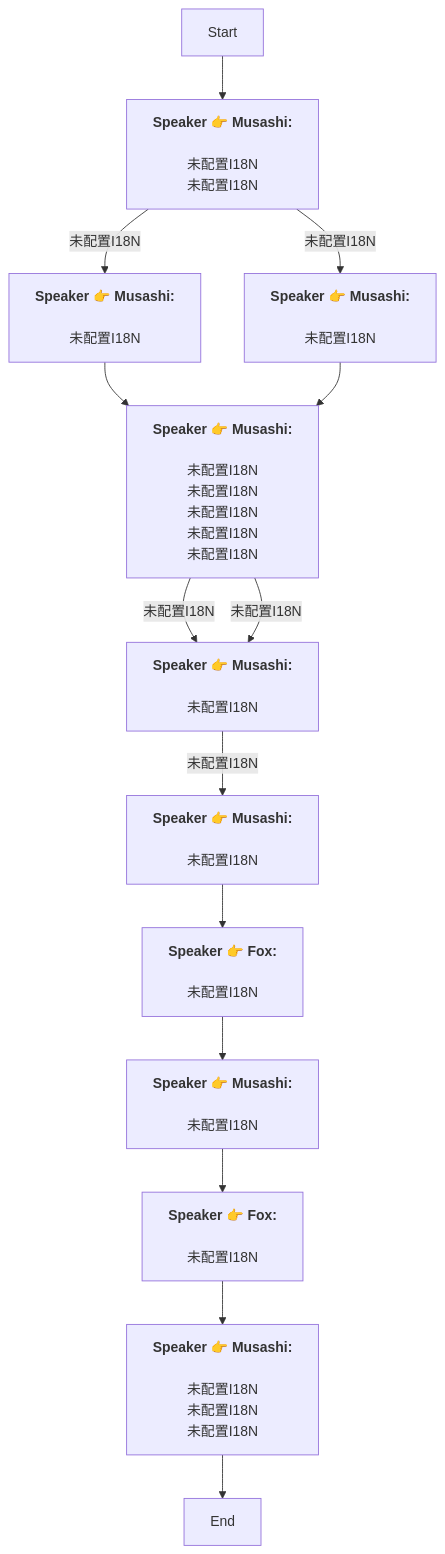
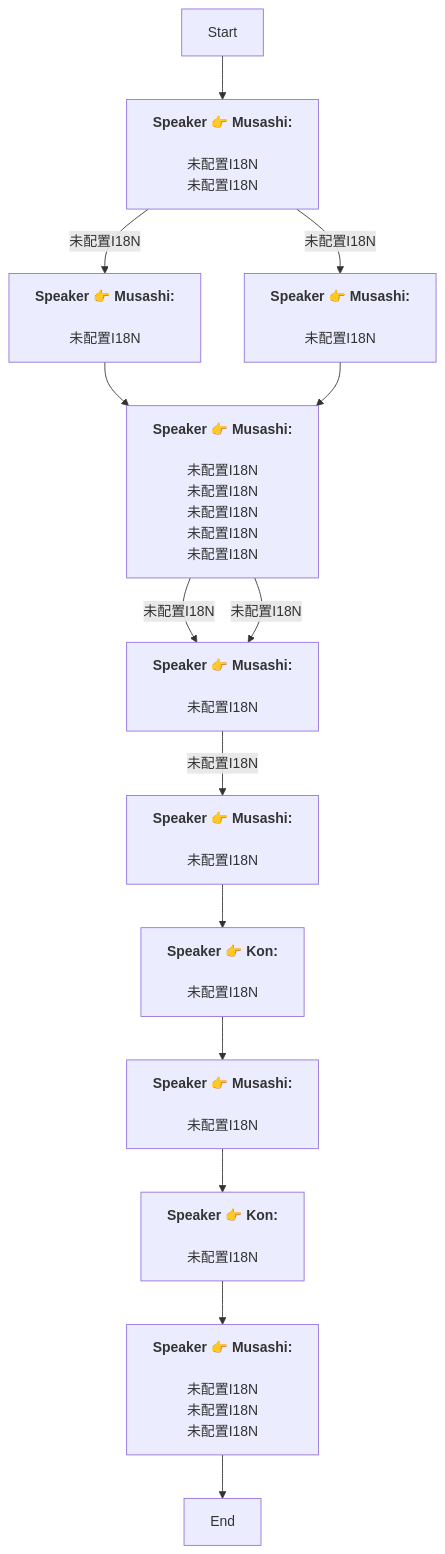
One commit to SoftHu/tos_avg changed the diagram in En/QuestTalkObjectiveNode_1738369380329593.md. Above: the diagram before and after it, drawn with Mermaid. The commit also changed 730 other files, not shown here.

````diff
--- a/En/QuestTalkObjectiveNode_1738369380329593.md
+++ b/En/QuestTalkObjectiveNode_1738369380329593.md
@@ -1,29 +1,29 @@
 ```mermaid
 graph
 Start -->1738369447807100[<b>Speaker 👉 Musashi:</b>
 \n未配置I18N\n未配置I18N]
 1738369447807100 -->|未配置I18N|1738369637289097[<b>Speaker 👉 Musashi:</b>
 \n未配置I18N]
 1738369447807100 -->|未配置I18N|1738369514544259[<b>Speaker 👉 Musashi:</b>
 \n未配置I18N]
 1738369514544259 -->1742696668586266[<b>Speaker 👉 Musashi:</b>
 \n未配置I18N\n未配置I18N\n未配置I18N\n未配置I18N\n未配置I18N]
 1742696668586266 -->|未配置I18N|1738369892088971[<b>Speaker 👉 Musashi:</b>
 \n未配置I18N]
 1742696668586266 -->|未配置I18N|1738369892088971[<b>Speaker 👉 Musashi:</b>
 \n未配置I18N]
 1738369892088971 -->|未配置I18N|1741542909956340[<b>Speaker 👉 Musashi:</b>
 \n未配置I18N]
-1741542909956340 -->1738369888274570[<b>Speaker 👉 Fox:</b>
+1741542909956340 -->1738369888274570[<b>Speaker 👉 Kon:</b>
 \n未配置I18N]
 1738369888274570 -->1768545209125798[<b>Speaker 👉 Musashi:</b>
 \n未配置I18N]
-1768545209125798 -->1768545232629671[<b>Speaker 👉 Fox:</b>
+1768545209125798 -->1768545232629671[<b>Speaker 👉 Kon:</b>
 \n未配置I18N]
 1768545232629671 -->1768545250768808[<b>Speaker 👉 Musashi:</b>
 \n未配置I18N\n未配置I18N\n未配置I18N]
 1768545250768808 -->1738370113018005[End]
 1738369637289097 -->1742696668586266[<b>Speaker 👉 Musashi:</b>
 \n未配置I18N\n未配置I18N\n未配置I18N\n未配置I18N\n未配置I18N]
 
 ```
````
